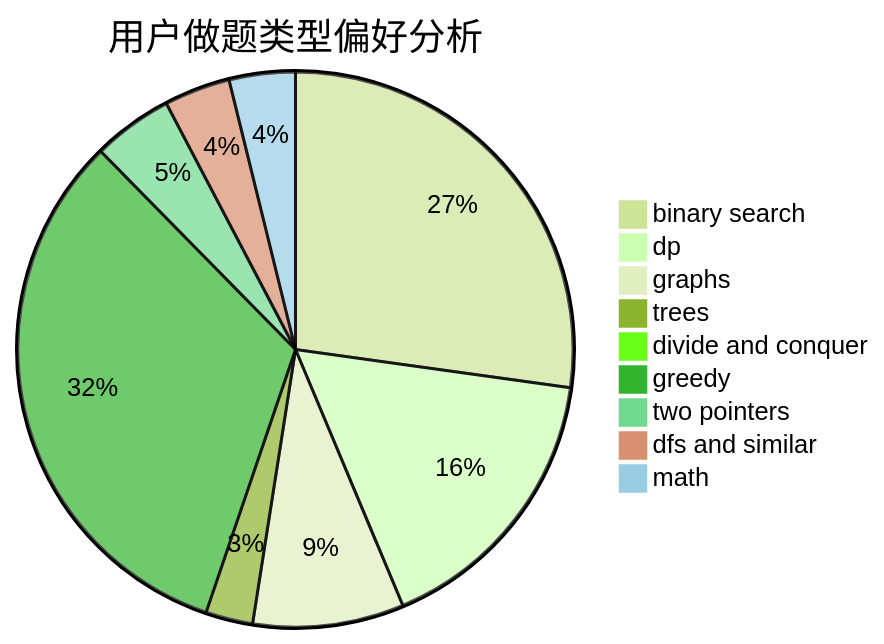
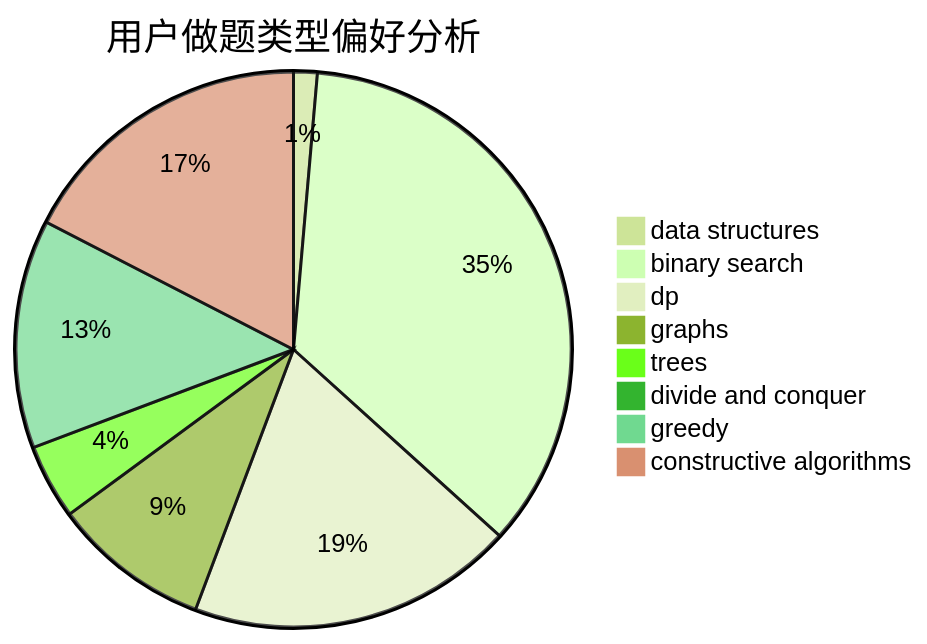
One commit to sherpahu/cfrs.github.io changed the second of 3 diagrams in docs/user/u1418.md. Above: the diagram before and after it, drawn with Mermaid (forest theme). The commit also changed other lines of this file and 2775 other files, not shown here.

````diff
--- a/docs/user/u1418.md
+++ b/docs/user/u1418.md
@@ -23,12 +23,11 @@
 ```mermaid
 pie title 用户做题类型偏好分析
-    "binary search" :  198
-    "dp" :  120
-    "graphs" :  64
-    "trees" :  20
+    "data structures" :  6
+    "binary search" :  154
+    "dp" :  83
+    "graphs" :  40
+    "trees" :  19
     "divide and conquer" :  0
-    "greedy" :  236
-    "two pointers" :  34
-    "dfs and similar" :  28
-    "math" :  28
+    "greedy" :  58
+    "constructive algorithms" :  76
 ```
````
